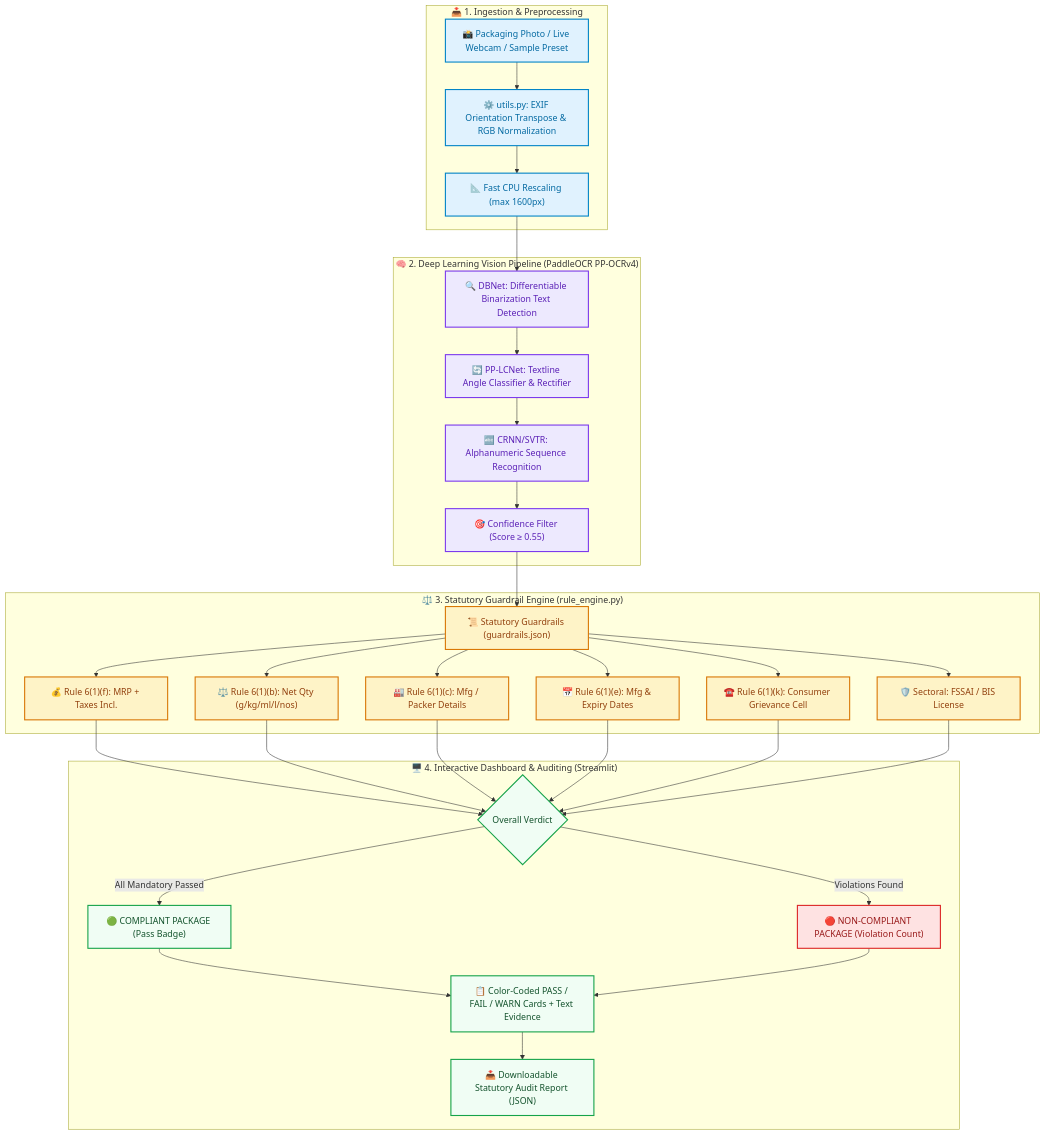
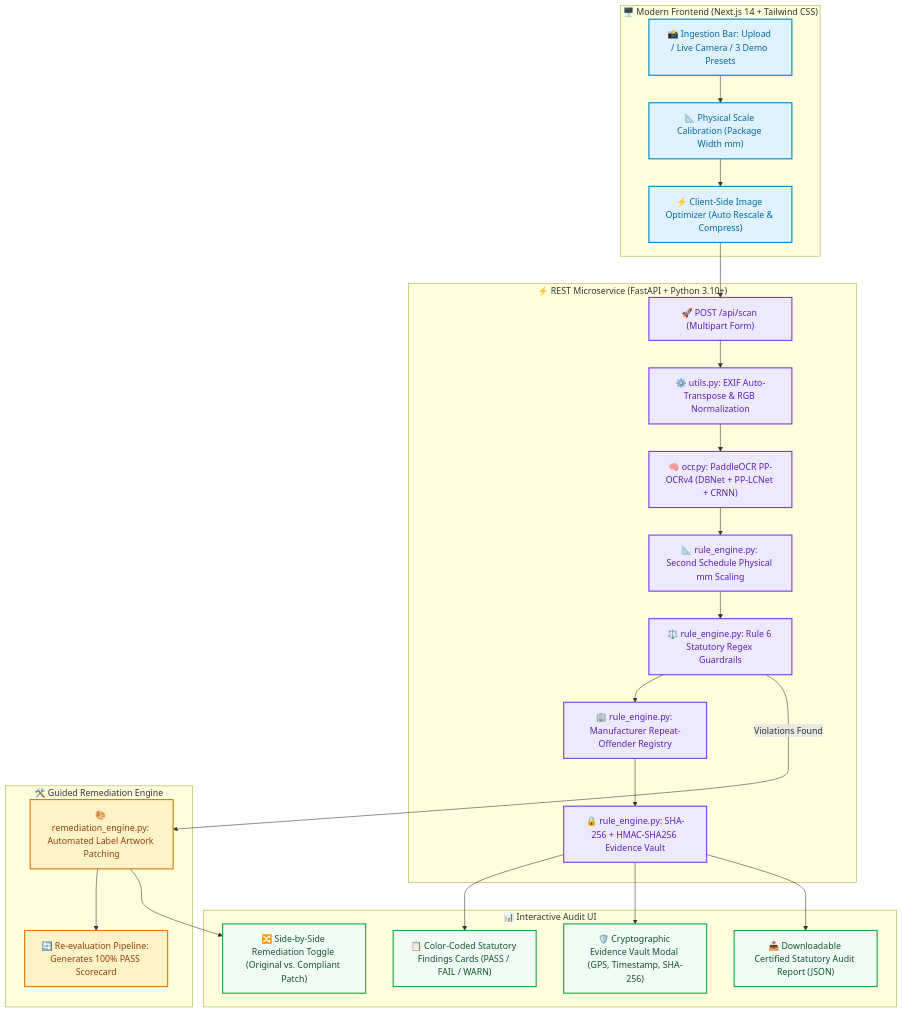
Before and after one commit to UNSTOPBIL/SIH2026-demo: the diagram in README.md, drawn with Mermaid. The commit also changed other lines of this file and 38 other files, not shown here.

Commit message:
feat: Legal Metrology Compliance Scanner - Next.js 14, FastAPI, 5 Core Differentiators, Evidence Vault & Remediation

````diff
--- a/README.md
+++ b/README.md
@@ -40,44 +59,39 @@
 ```mermaid
 flowchart TD
-    subgraph INPUT["📥 1. Ingestion & Preprocessing"]
-        A["📸 Packaging Photo / Live Webcam / Sample Preset"] --> B["⚙️ utils.py: EXIF Orientation Transpose & RGB Normalization"]
-        B --> C["📐 Fast CPU Rescaling (max 1600px)"]
+    subgraph CLIENT["🖥️ Modern Frontend (Next.js 14 + Tailwind CSS)"]
+        A["📸 Ingestion Bar: Upload / Live Camera / 3 Demo Presets"] --> B["📐 Physical Scale Calibration (Package Width mm)"]
+        B --> C["⚡ Client-Side Image Optimizer (Auto Rescale & Compress)"]
     end
 
-    subgraph VISION["🧠 2. Deep Learning Vision Pipeline (PaddleOCR PP-OCRv4)"]
-        C --> D["🔍 DBNet: Differentiable Binarization Text Detection"]
-        D --> E["🔄 PP-LCNet: Textline Angle Classifier & Rectifier"]
-        E --> F["🔤 CRNN/SVTR: Alphanumeric Sequence Recognition"]
-        F --> G["🎯 Confidence Filter (Score ≥ 0.55)"]
+    subgraph BACKEND["⚡ REST Microservice (FastAPI + Python 3.10+)"]
+        C --> D["🚀 POST /api/scan (Multipart Form)"]
+        D --> E["⚙️ utils.py: EXIF Auto-Transpose & RGB Normalization"]
+        E --> F["🧠 ocr.py: PaddleOCR PP-OCRv4 (DBNet + PP-LCNet + CRNN)"]
+        F --> G["📐 rule_engine.py: Second Schedule Physical mm Scaling"]
+        G --> H["⚖️ rule_engine.py: Rule 6 Statutory Regex Guardrails"]
+        H --> I["🏢 rule_engine.py: Manufacturer Repeat-Offender Registry"]
+        I --> J["🔒 rule_engine.py: SHA-256 + HMAC-SHA256 Evidence Vault"]
     end
 
-    subgraph ENGINE["⚖️ 3. Statutory Guardrail Engine (rule_engine.py)"]
-        G --> H["📜 Statutory Guardrails (guardrails.json)"]
-        H --> I1["💰 Rule 6(1)(f): MRP + Taxes Incl."]
-        H --> I2["⚖️ Rule 6(1)(b): Net Qty (g/kg/ml/l/nos)"]
-        H --> I3["🏭 Rule 6(1)(c): Mfg / Packer Details"]
-        H --> I4["📅 Rule 6(1)(e): Mfg & Expiry Dates"]
-        H --> I5["☎️ Rule 6(1)(k): Consumer Grievance Cell"]
-        H --> I6["🛡️ Sectoral: FSSAI / BIS License"]
+    subgraph REMEDIATION["🛠️ Guided Remediation Engine"]
+        H -->|Violations Found| K["🎨 remediation_engine.py: Automated Label Artwork Patching"]
+        K --> L["🔄 Re-evaluation Pipeline: Generates 100% PASS Scorecard"]
     end
 
-    subgraph OUTPUT["🖥️ 4. Interactive Dashboard & Auditing (Streamlit)"]
-        I1 & I2 & I3 & I4 & I5 & I6 --> J{"Overall Verdict"}
-        J -->|All Mandatory Passed| K["🟢 COMPLIANT PACKAGE (Pass Badge)"]
-        J -->|Violations Found| L["🔴 NON-COMPLIANT PACKAGE (Violation Count)"]
-        K & L --> M["📋 Color-Coded PASS / FAIL / WARN Cards + Text Evidence"]
-        M --> N["📥 Downloadable Statutory Audit Report (JSON)"]
+    subgraph DASHBOARD["📊 Interactive Audit UI"]
+        J --> M["📋 Color-Coded Statutory Findings Cards (PASS / FAIL / WARN)"]
+        J --> N["🛡️ Cryptographic Evidence Vault Modal (GPS, Timestamp, SHA-256)"]
+        K --> O["🔀 Side-by-Side Remediation Toggle (Original vs. Compliant Patch)"]
+        J --> P["📥 Downloadable Certified Statutory Audit Report (JSON)"]
     end
 
-    classDef inputStyle fill:#e0f2fe,stroke:#0284c7,stroke-width:2px,color:#0369a1;
-    classDef visionStyle fill:#ede9fe,stroke:#7c3aed,stroke-width:2px,color:#5b21b6;
-    classDef engineStyle fill:#fef3c7,stroke:#d97706,stroke-width:2px,color:#92400e;
-    classDef outputStyle fill:#f0fdf4,stroke:#16a34a,stroke-width:2px,color:#14532d;
-    classDef alertStyle fill:#fee2e2,stroke:#dc2626,stroke-width:2px,color:#991b1b;
+    classDef clientStyle fill:#e0f2fe,stroke:#0284c7,stroke-width:2px,color:#0369a1;
+    classDef backendStyle fill:#ede9fe,stroke:#7c3aed,stroke-width:2px,color:#5b21b6;
+    classDef remStyle fill:#fef3c7,stroke:#d97706,stroke-width:2px,color:#92400e;
+    classDef dashStyle fill:#f0fdf4,stroke:#16a34a,stroke-width:2px,color:#14532d;
 
-    class A,B,C inputStyle;
-    class D,E,F,G visionStyle;
-    class H,I1,I2,I3,I4,I5,I6 engineStyle;
-    class J,K,M,N outputStyle;
-    class L alertStyle;
+    class A,B,C clientStyle;
+    class D,E,F,G,H,I,J backendStyle;
+    class K,L remStyle;
+    class M,N,O,P dashStyle;
 ```
````
